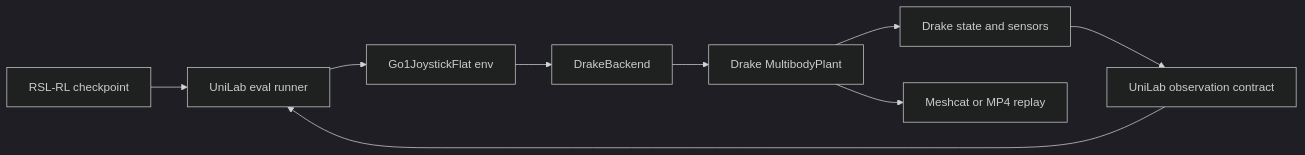
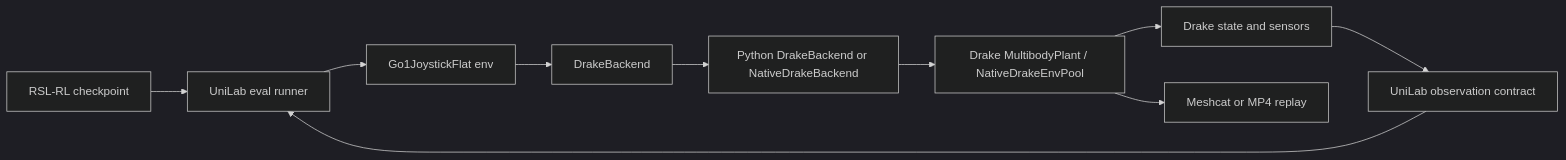
The diagram in DRAKE_REPLAY_PLAN.md (Motphys/UniLab), drawn with Mermaid (dark theme) before and after one commit. The commit also changed other lines of this file and 20 other files, not shown here.

Commit message:
feat: add DrakeUni Go1 training backend

````diff
--- a/DRAKE_REPLAY_PLAN.md
+++ b/DRAKE_REPLAY_PLAN.md
@@ -100,11 +118,12 @@
 ```mermaid
 flowchart LR
   A["RSL-RL checkpoint"] --> B["UniLab eval runner"]
   B --> C["Go1JoystickFlat env"]
   C --> D["DrakeBackend"]
-  D --> E["Drake MultibodyPlant"]
-  E --> F["Drake state and sensors"]
-  F --> G["UniLab observation contract"]
-  G --> B
-  E --> H["Meshcat or MP4 replay"]
+  D --> E["Python DrakeBackend or NativeDrakeBackend"]
+  E --> F["Drake MultibodyPlant / NativeDrakeEnvPool"]
+  F --> G["Drake state and sensors"]
+  G --> H["UniLab observation contract"]
+  H --> B
+  F --> I["Meshcat or MP4 replay"]
 ```
````
